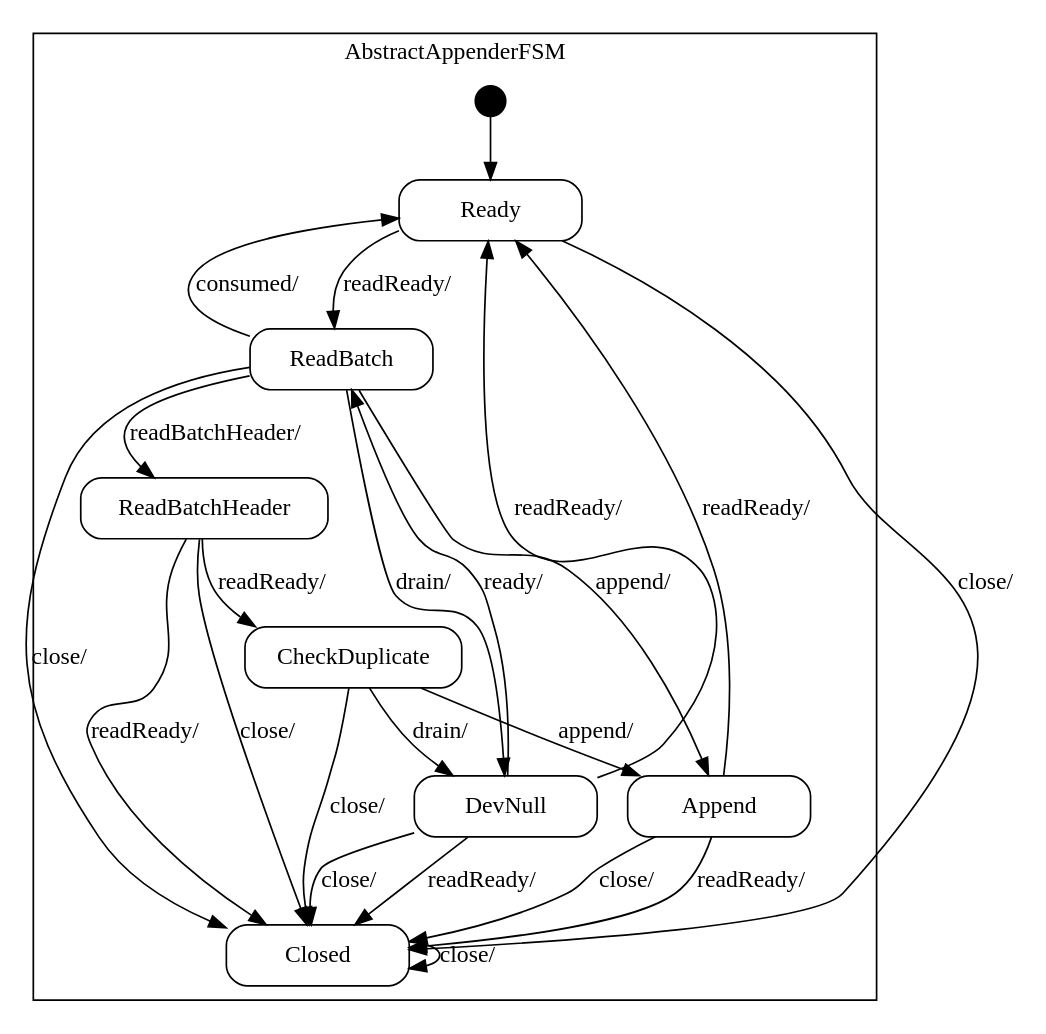
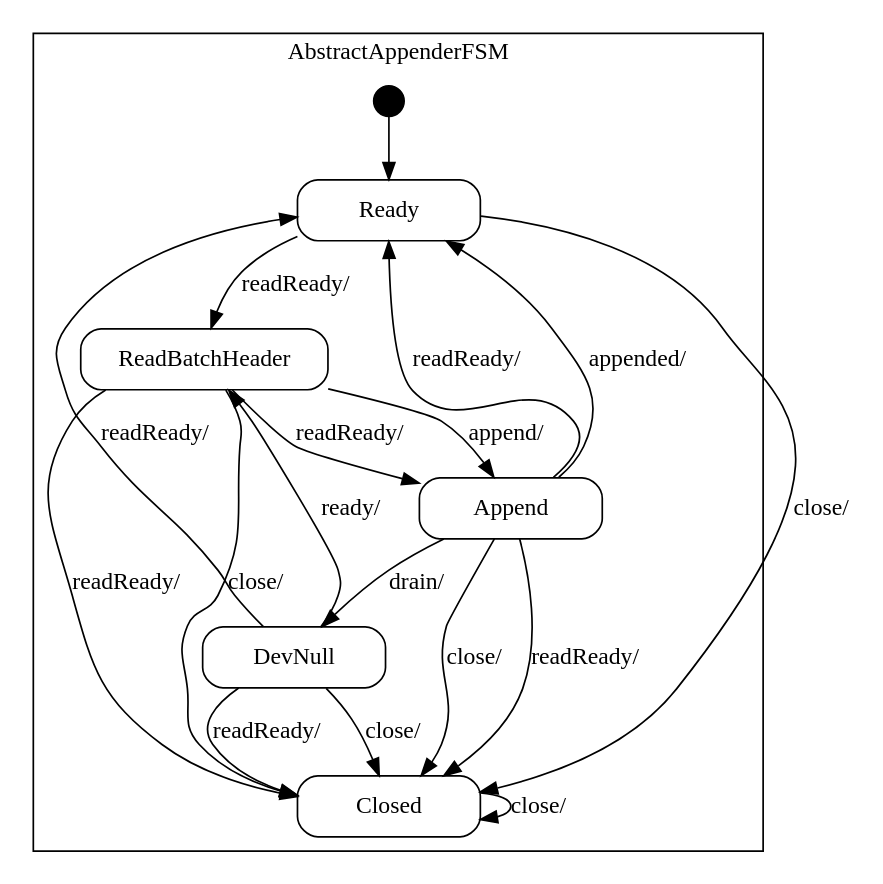
The diagram in spindle/doc/AbstractAppender_sm.dot (vmehra-sfdc/Ouroboros), drawn with Graphviz before and after one commit. The commit also changed 22 other files, not shown here.

```diff
--- a/spindle/doc/AbstractAppender_sm.dot
+++ b/spindle/doc/AbstractAppender_sm.dot
@@ -1,108 +1,87 @@
 digraph AbstractAppender {
 
     node
         [shape=Mrecord width=1.5];
 
     subgraph cluster_AbstractAppenderFSM {
 
         label="AbstractAppenderFSM";
 
         //
         // States (Nodes)
         //
 
         "AbstractAppenderFSM::Ready"
             [label="{Ready}"];
 
-        "AbstractAppenderFSM::ReadBatch"
-            [label="{ReadBatch}"];
-
-        "AbstractAppenderFSM::ReadBatchHeader"
-            [label="{ReadBatchHeader}"];
-
-        "AbstractAppenderFSM::CheckDuplicate"
-            [label="{CheckDuplicate}"];
-
         "AbstractAppenderFSM::Append"
             [label="{Append}"];
 
         "AbstractAppenderFSM::DevNull"
             [label="{DevNull}"];
+
+        "AbstractAppenderFSM::ReadBatchHeader"
+            [label="{ReadBatchHeader}"];
 
         "AbstractAppenderFSM::Closed"
             [label="{Closed}"];
 
         "%start"
             [label="" shape=circle style=filled fillcolor=black width=0.25];
 
         //
         // Transitions (Edges)
         //
 
-        "AbstractAppenderFSM::Ready" -> "AbstractAppenderFSM::ReadBatch"
+        "AbstractAppenderFSM::Ready" -> "AbstractAppenderFSM::ReadBatchHeader"
             [label="readReady/\l"];
 
         "AbstractAppenderFSM::Ready" -> "AbstractAppenderFSM::Closed"
             [label="close/\l"];
 
-        "AbstractAppenderFSM::ReadBatch" -> "AbstractAppenderFSM::DevNull"
+        "AbstractAppenderFSM::Append" -> "AbstractAppenderFSM::DevNull"
             [label="drain/\l"];
-
-        "AbstractAppenderFSM::ReadBatch" -> "AbstractAppenderFSM::Append"
-            [label="append/\l"];
-
-        "AbstractAppenderFSM::ReadBatch" -> "AbstractAppenderFSM::ReadBatchHeader"
-            [label="readBatchHeader/\l"];
-
-        "AbstractAppenderFSM::ReadBatch" -> "AbstractAppenderFSM::Ready"
-            [label="consumed/\l"];
-
-        "AbstractAppenderFSM::ReadBatch" -> "AbstractAppenderFSM::Closed"
-            [label="close/\l"];
-
-        "AbstractAppenderFSM::ReadBatchHeader" -> "AbstractAppenderFSM::Closed"
-            [label="readReady/\l"];
-
-        "AbstractAppenderFSM::ReadBatchHeader" -> "AbstractAppenderFSM::CheckDuplicate"
-            [label="readReady/\l"];
-
-        "AbstractAppenderFSM::ReadBatchHeader" -> "AbstractAppenderFSM::Closed"
-            [label="close/\l"];
-
-        "AbstractAppenderFSM::CheckDuplicate" -> "AbstractAppenderFSM::Append"
-            [label="append/\l"];
-
-        "AbstractAppenderFSM::CheckDuplicate" -> "AbstractAppenderFSM::DevNull"
-            [label="drain/\l"];
-
-        "AbstractAppenderFSM::CheckDuplicate" -> "AbstractAppenderFSM::Closed"
-            [label="close/\l"];
 
         "AbstractAppenderFSM::Append" -> "AbstractAppenderFSM::Closed"
             [label="readReady/\l"];
 
         "AbstractAppenderFSM::Append" -> "AbstractAppenderFSM::Ready"
             [label="readReady/\l"];
 
+        "AbstractAppenderFSM::Append" -> "AbstractAppenderFSM::Ready"
+            [label="appended/\l"];
+
         "AbstractAppenderFSM::Append" -> "AbstractAppenderFSM::Closed"
             [label="close/\l"];
 
-        "AbstractAppenderFSM::DevNull" -> "AbstractAppenderFSM::ReadBatch"
+        "AbstractAppenderFSM::DevNull" -> "AbstractAppenderFSM::ReadBatchHeader"
             [label="ready/\l"];
 
         "AbstractAppenderFSM::DevNull" -> "AbstractAppenderFSM::Closed"
             [label="readReady/\l"];
 
         "AbstractAppenderFSM::DevNull" -> "AbstractAppenderFSM::Ready"
             [label="readReady/\l"];
 
         "AbstractAppenderFSM::DevNull" -> "AbstractAppenderFSM::Closed"
             [label="close/\l"];
 
+        "AbstractAppenderFSM::ReadBatchHeader" -> "AbstractAppenderFSM::Append"
+            [label="append/\l"];
+
+        "AbstractAppenderFSM::ReadBatchHeader" -> "AbstractAppenderFSM::Closed"
+            [label="readReady/\l"];
+
+        "AbstractAppenderFSM::ReadBatchHeader" -> "AbstractAppenderFSM::Append"
+            [label="readReady/\l"];
+
+        "AbstractAppenderFSM::ReadBatchHeader" -> "AbstractAppenderFSM::Closed"
+            [label="close/\l"];
+
         "AbstractAppenderFSM::Closed" -> "AbstractAppenderFSM::Closed"
             [label="close/\l"];
 
         "%start" -> "AbstractAppenderFSM::Ready"
     }
 
 }
```
